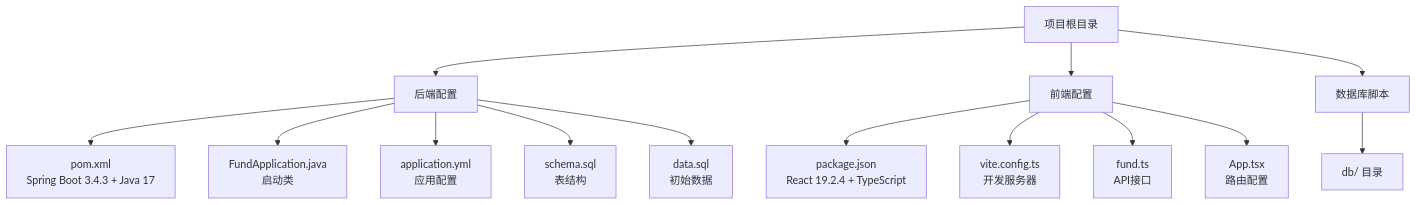
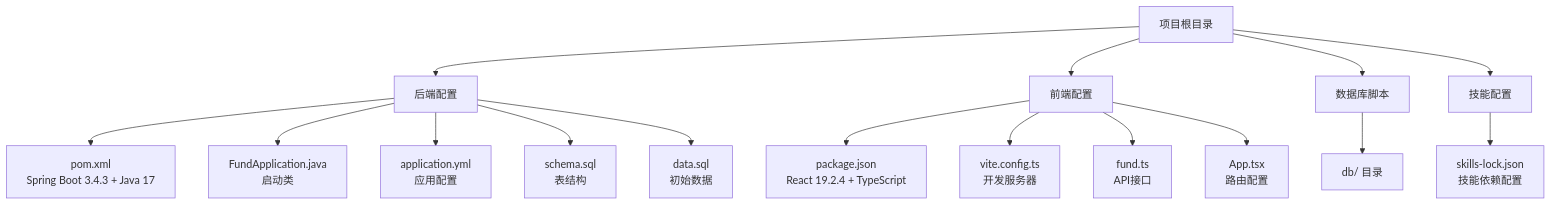
The diagram in .qoder/repowiki/zh/content/快速开始.md (gree-coder/fund-butler), drawn with Mermaid before and after one commit. The commit also changed other lines of this file and 5 other files, not shown here.

````diff
--- a/.qoder/repowiki/zh/content/快速开始.md
+++ b/.qoder/repowiki/zh/content/快速开始.md
@@ -119,16 +129,18 @@
 ```mermaid
 graph TB
 A["项目根目录"] --> B["后端配置"]
 A --> C["前端配置"]
 A --> D["数据库脚本"]
-B --> E["pom.xml<br/>Spring Boot 3.4.3 + Java 17"]
-B --> F["FundApplication.java<br/>启动类"]
-B --> G["application.yml<br/>应用配置"]
-B --> H["schema.sql<br/>表结构"]
-B --> I["data.sql<br/>初始数据"]
-C --> J["package.json<br/>React 19.2.4 + TypeScript"]
-C --> K["vite.config.ts<br/>开发服务器"]
-C --> L["fund.ts<br/>API接口"]
-C --> M["App.tsx<br/>路由配置"]
-D --> N["db/ 目录"]
+A --> E["技能配置"]
+B --> F["pom.xml<br/>Spring Boot 3.4.3 + Java 17"]
+B --> G["FundApplication.java<br/>启动类"]
+B --> H["application.yml<br/>应用配置"]
+B --> I["schema.sql<br/>表结构"]
+B --> J["data.sql<br/>初始数据"]
+C --> K["package.json<br/>React 19.2.4 + TypeScript"]
+C --> L["vite.config.ts<br/>开发服务器"]
+C --> M["fund.ts<br/>API接口"]
+C --> N["App.tsx<br/>路由配置"]
+D --> O["db/ 目录"]
+E --> P["skills-lock.json<br/>技能依赖配置"]
 ```
````
